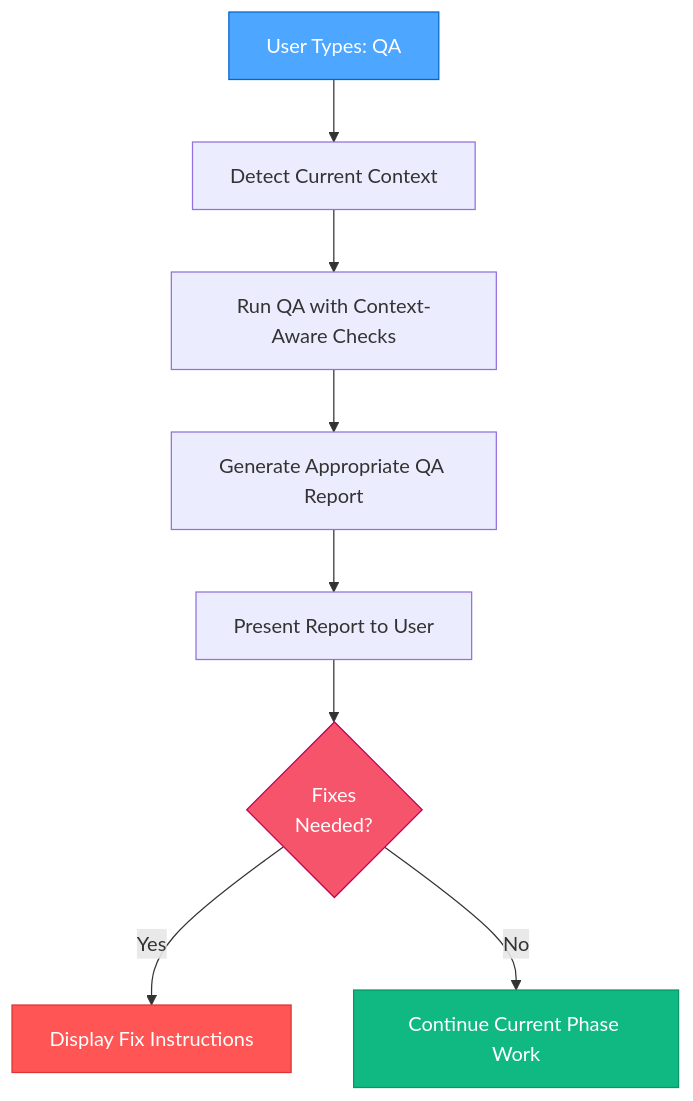
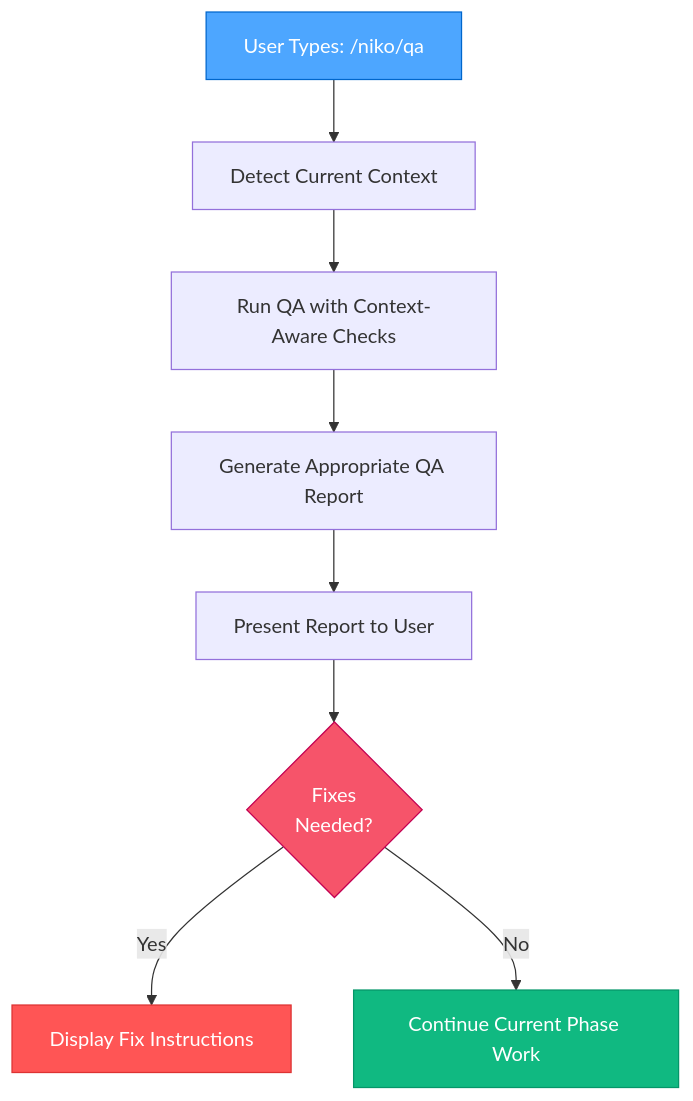
One commit to Texarkanine/.cursor-rules changed the tenth of 10 diagrams in rulesets/niko/niko/visual-maps/qa-mode-map.mdc. Above: the diagram before and after it, drawn with Mermaid. The commit also changed 9 other files, not shown here.

````diff
--- a/rulesets/niko/niko/visual-maps/qa-mode-map.mdc
+++ b/rulesets/niko/niko/visual-maps/qa-mode-map.mdc
@@ -478,16 +478,16 @@
 ```mermaid
 graph TD
-    Start["User Types: QA"] --> DetectContext["Detect Current Context"]
+    Start["User Types: /niko/qa"] --> DetectContext["Detect Current Context"]
     DetectContext --> RunQA["Run QA with Context-Aware Checks"]
     RunQA --> GenerateReport["Generate Appropriate QA Report"]
     GenerateReport --> UserResponse["Present Report to User"]
     
     UserResponse --> FixNeeded{"Fixes<br>Needed?"}
     FixNeeded -->|"Yes"| SuggestFixes["Display Fix Instructions"]
     FixNeeded -->|"No"| ContinueWork["Continue Current Phase Work"]
     
     style Start fill:#4da6ff,stroke:#0066cc,color:white
     style FixNeeded fill:#f6546a,stroke:#c30052,color:white
     style SuggestFixes fill:#ff5555,stroke:#dd3333,color:white
     style ContinueWork fill:#10b981,stroke:#059669,color:white
 ```
````
